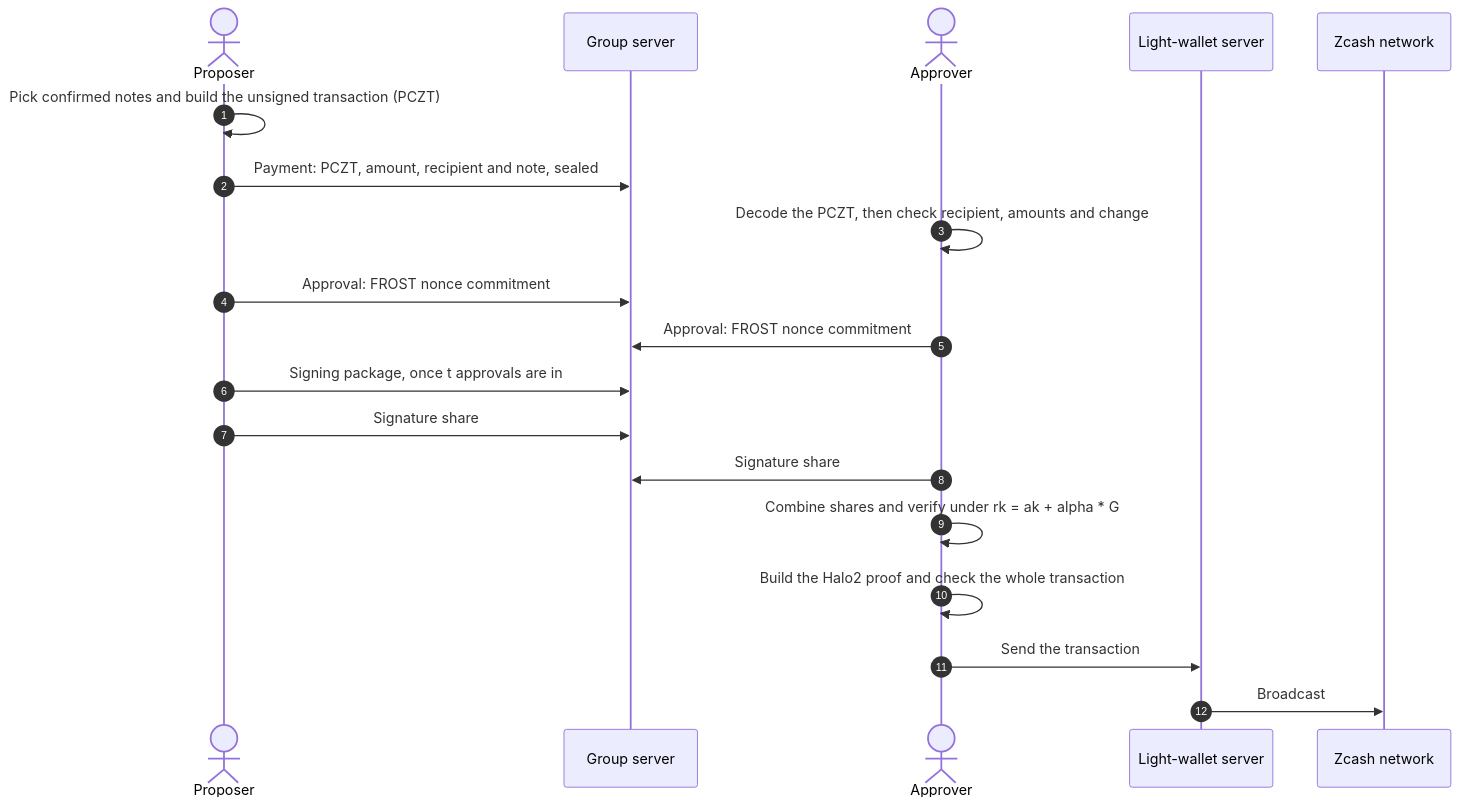
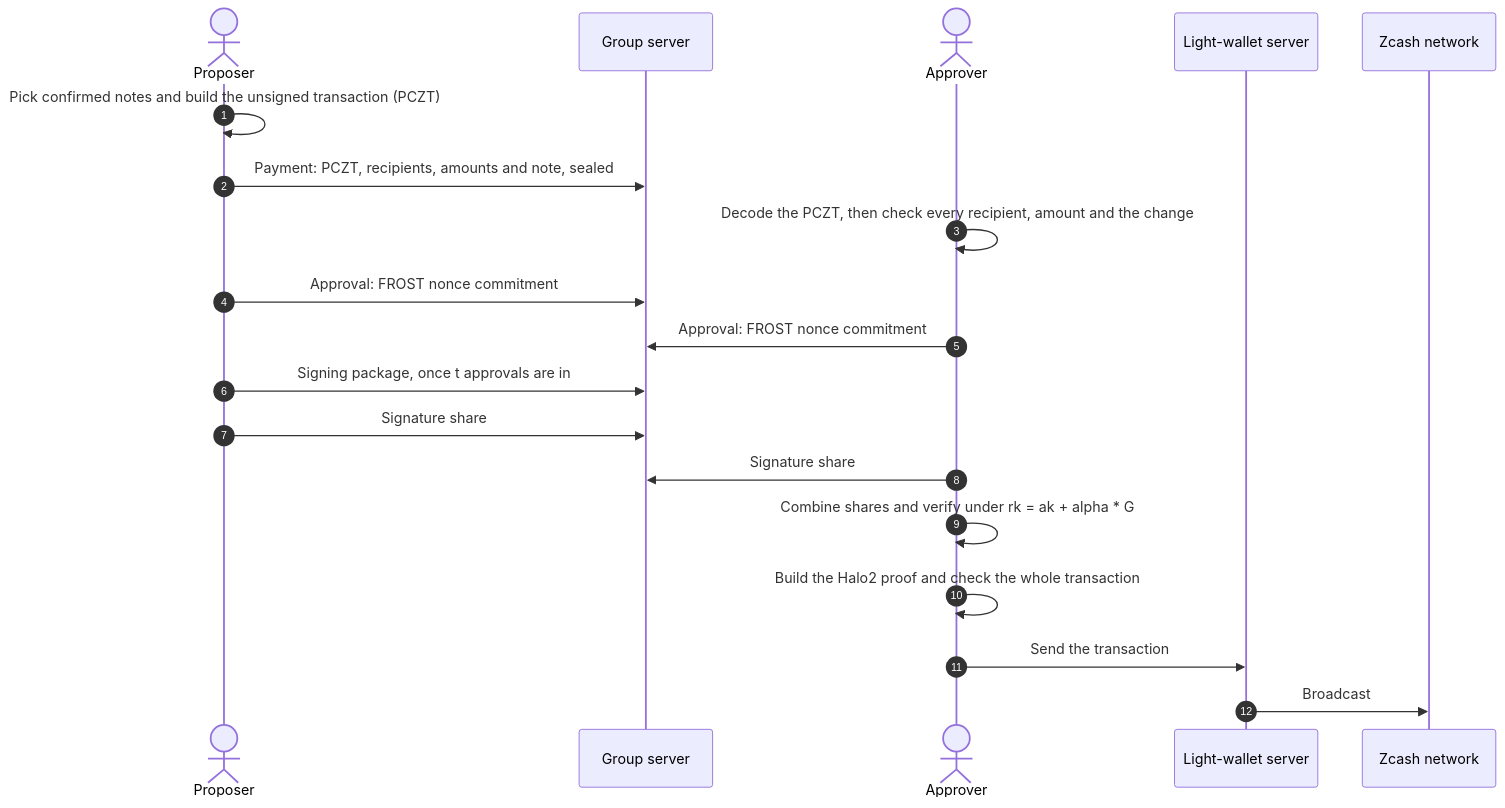
Before and after one commit to devzigs/zigs: the third of 4 diagrams in README.md, drawn with Mermaid. The commit also changed other lines of this file and 15 other files, not shown here.

````diff
--- a/README.md
+++ b/README.md
@@ -121,21 +124,21 @@
 ```mermaid
 sequenceDiagram
   autonumber
   actor P as Proposer
   participant S as Group server
   actor Q as Approver
   participant L as Light-wallet server
   participant Z as Zcash network
   P->>P: Pick confirmed notes and build the unsigned transaction (PCZT)
-  P->>S: Payment: PCZT, amount, recipient and note, sealed
-  Q->>Q: Decode the PCZT, then check recipient, amounts and change
+  P->>S: Payment: PCZT, recipients, amounts and note, sealed
+  Q->>Q: Decode the PCZT, then check every recipient, amount and the change
   P->>S: Approval: FROST nonce commitment
   Q->>S: Approval: FROST nonce commitment
   P->>S: Signing package, once t approvals are in
   P->>S: Signature share
   Q->>S: Signature share
   Q->>Q: Combine shares and verify under rk = ak + alpha * G
   Q->>Q: Build the Halo2 proof and check the whole transaction
   Q->>L: Send the transaction
   L->>Z: Broadcast
 ```
````
